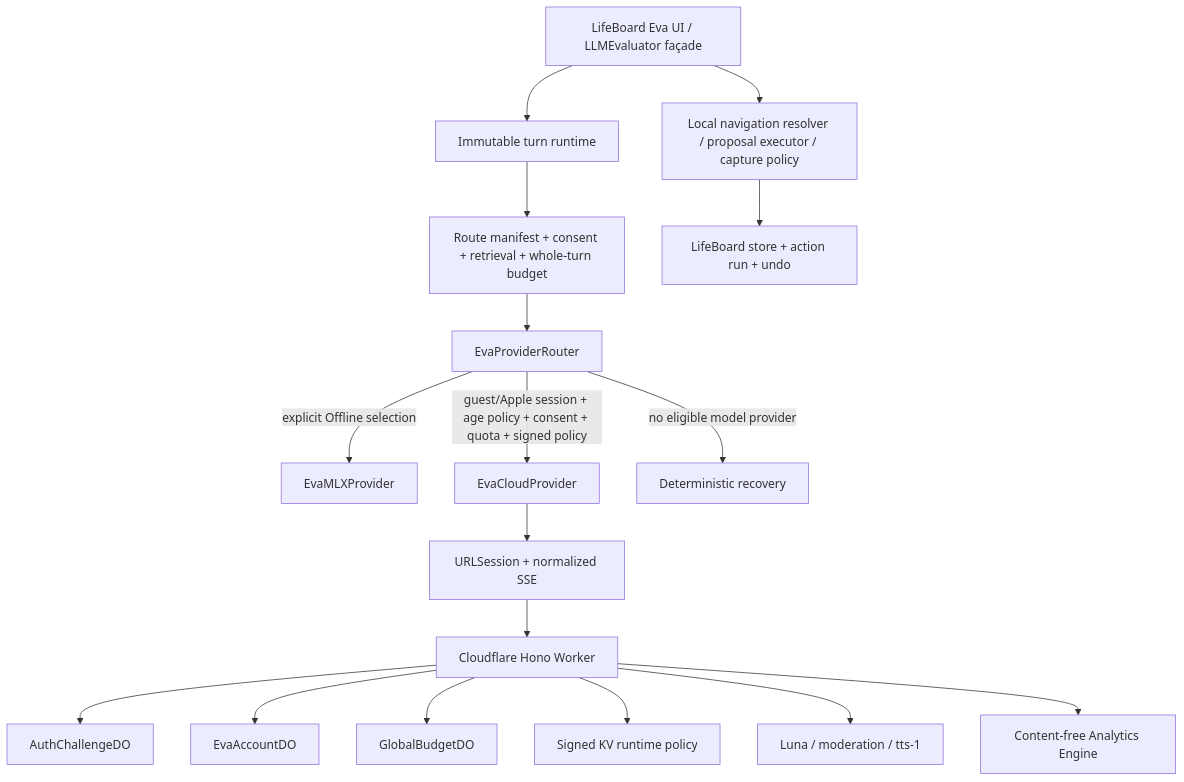
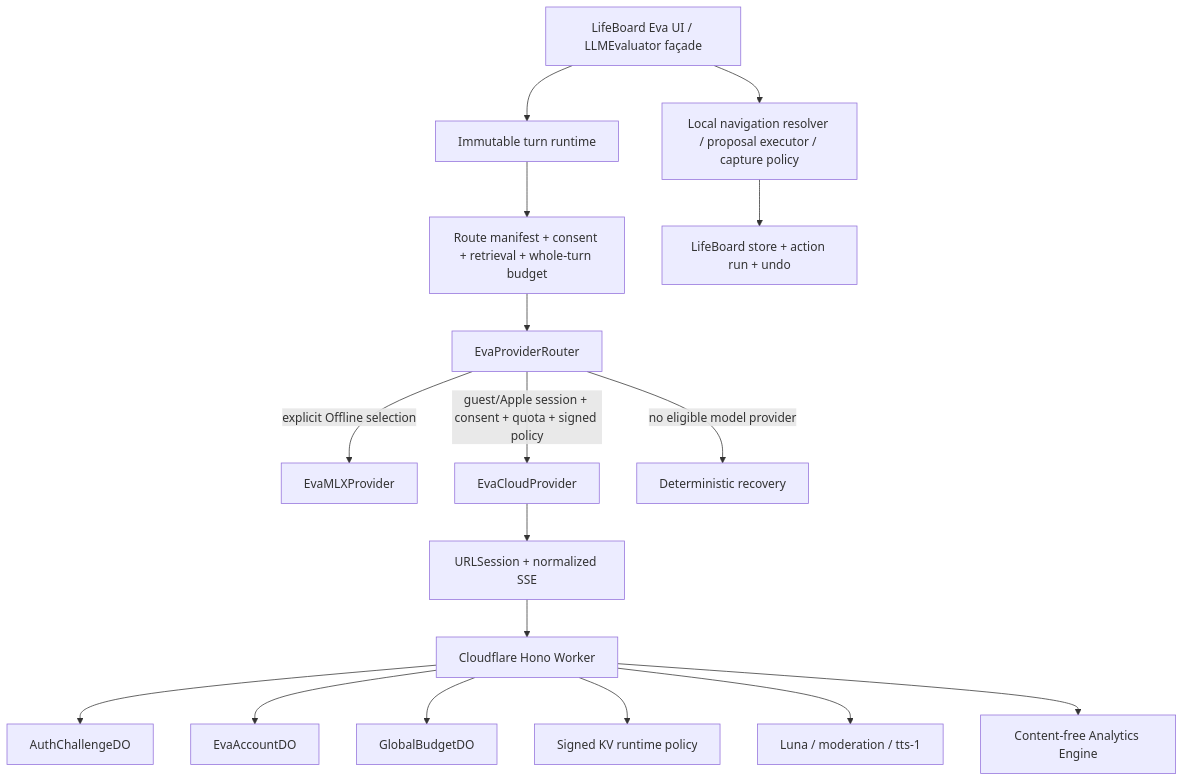
The diagram in docs/eva/CLOUD_EVA_PRODUCT_AND_TECHNICAL_GUIDE.md (Saransh-Sharma/Tasker), drawn with Mermaid before and after one commit. The commit also changed other lines of this file, not shown here.

Commit message:
docs(docs:eva): update CLOUD_EVA_PRODUCT_AND_TECHNICAL_GUIDE

````diff
--- a/docs/eva/CLOUD_EVA_PRODUCT_AND_TECHNICAL_GUIDE.md
+++ b/docs/eva/CLOUD_EVA_PRODUCT_AND_TECHNICAL_GUIDE.md
@@ -135,19 +132,19 @@
 ```mermaid
 flowchart TB
     UI["LifeBoard Eva UI / LLMEvaluator façade"] --> Runtime["Immutable turn runtime"]
     Runtime --> Context["Route manifest + consent + retrieval + whole-turn budget"]
     Context --> Router["EvaProviderRouter"]
     Router -->|"explicit Offline selection"| MLX["EvaMLXProvider"]
-    Router -->|"guest/Apple session + age policy + consent + quota + signed policy"| Cloud["EvaCloudProvider"]
+    Router -->|"guest/Apple session + consent + quota + signed policy"| Cloud["EvaCloudProvider"]
     Router -->|"no eligible model provider"| Deterministic["Deterministic recovery"]
     Cloud --> Transport["URLSession + normalized SSE"]
     Transport --> Worker["Cloudflare Hono Worker"]
     Worker --> AuthDO["AuthChallengeDO"]
     Worker --> AccountDO["EvaAccountDO"]
     Worker --> BudgetDO["GlobalBudgetDO"]
     Worker --> Config["Signed KV runtime policy"]
     Worker --> OpenAI["Luna / moderation / tts-1"]
     Worker --> Analytics["Content-free Analytics Engine"]
     UI --> Authority["Local navigation resolver / proposal executor / capture policy"]
     Authority --> Store["LifeBoard store + action run + undo"]
 ```
````
